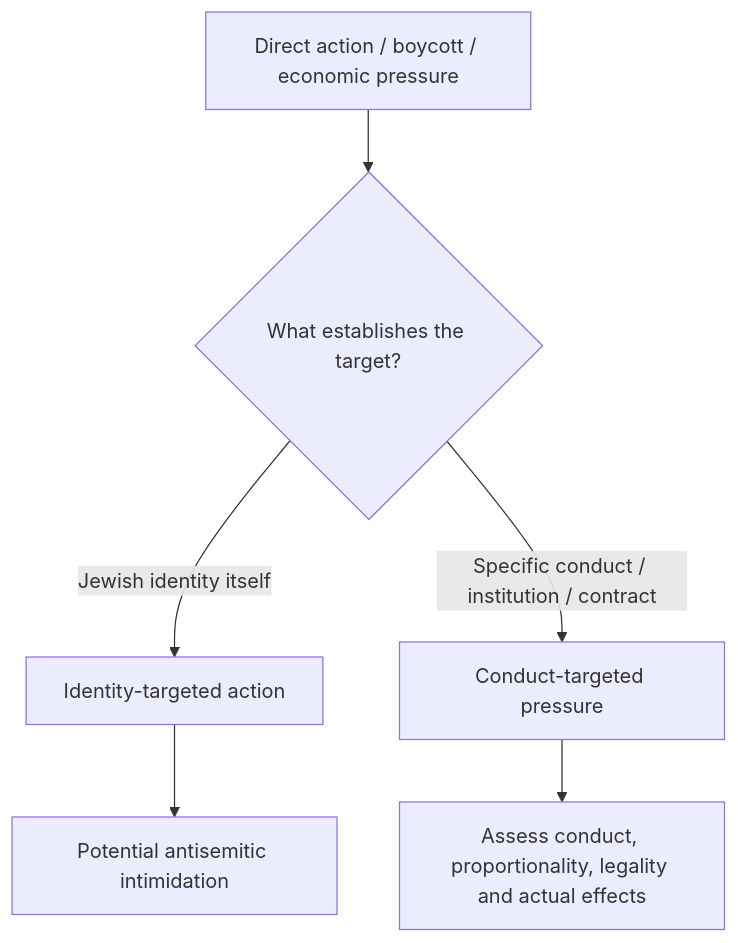
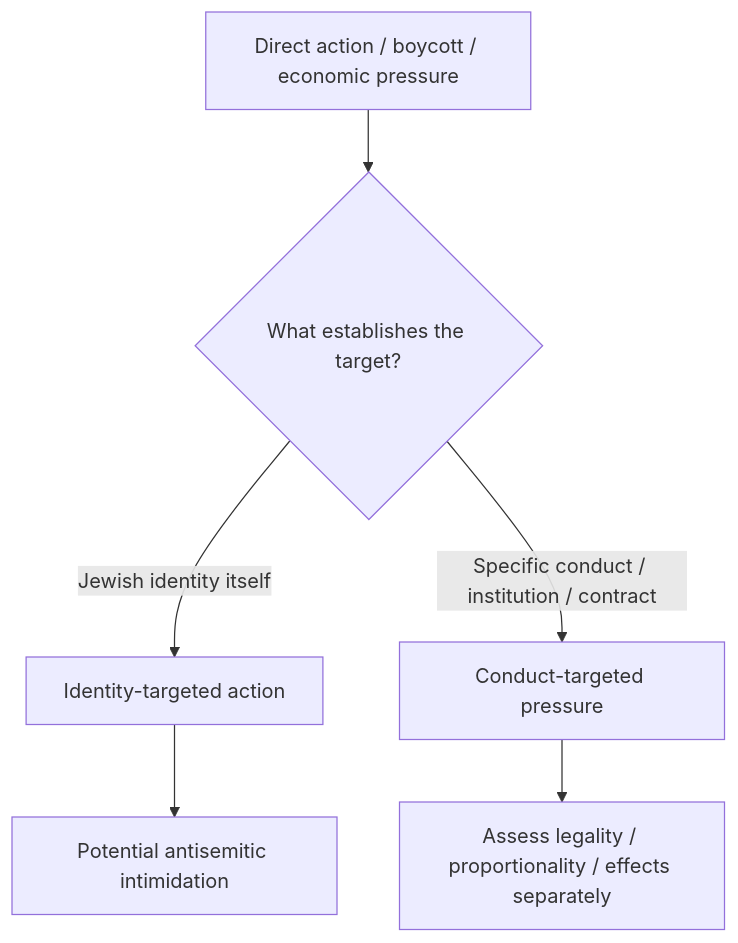
The sixth of 8 diagrams in 🌓_3_In_The_Moment/📲_Press_Matters/🇵🇸_Palestine_Factchecking/🌍_Global_Powers/🎯_what_was_bds_supposed_to_do.md (josefsbreakfast/Polaris-Protocol), drawn with Mermaid before and after one commit. The commit also changed other lines of this file, not shown here.

````diff
--- a/🌓_3_In_The_Moment/📲_Press_Matters/🇵🇸_Palestine_Factchecking/🌍_Global_Powers/🎯_what_was_bds_supposed_to_do.md
+++ b/🌓_3_In_The_Moment/📲_Press_Matters/🇵🇸_Palestine_Factchecking/🌍_Global_Powers/🎯_what_was_bds_supposed_to_do.md
@@ -420,11 +341,11 @@
 ```mermaid
 flowchart TD
     A[Direct action / boycott / economic pressure]
     --> B{What establishes the target?}
 
     B -->|Jewish identity itself| C[Identity-targeted action]
     B -->|Specific conduct / institution / contract| D[Conduct-targeted pressure]
 
     C --> E[Potential antisemitic intimidation]
-    D --> F[Assess conduct, proportionality, legality and actual effects]
+    D --> F[Assess legality / proportionality / effects separately]
 ```
````
